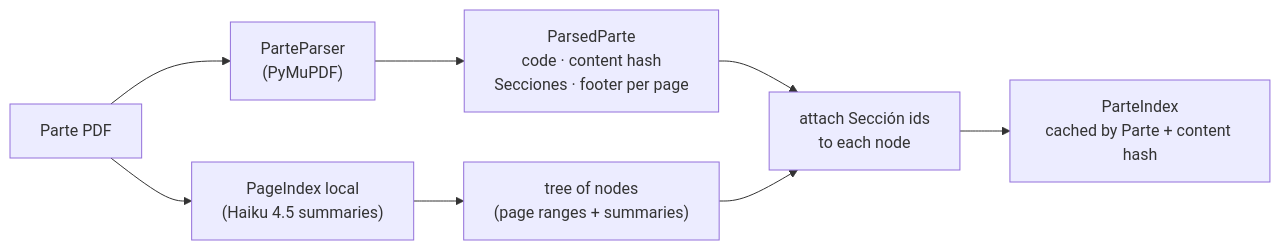
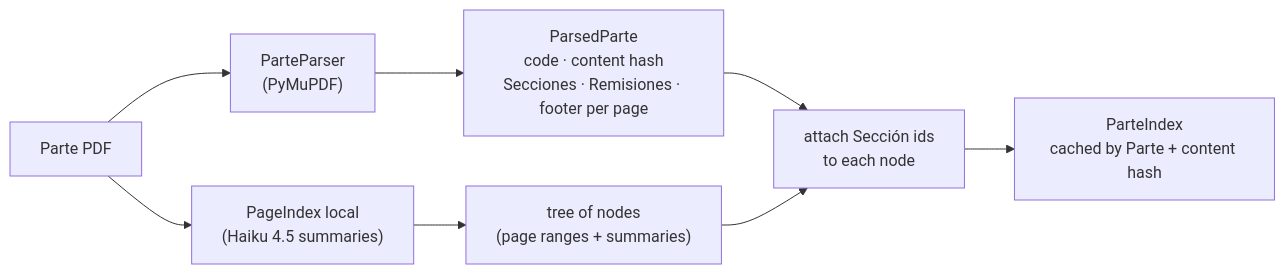
The diagram in docs/diagrams/indexing.mmd (Guernik/raac-rag), drawn with Mermaid before and after one commit. The commit also changed 7 other files, not shown here.

First line of the commit message:
Remisiones: extraction at parse time (#46)

```diff
--- a/docs/diagrams/indexing.mmd
+++ b/docs/diagrams/indexing.mmd
@@ -1,8 +1,8 @@
 flowchart LR
     pdf["Parte PDF"] --> parse["ParteParser<br/>(PyMuPDF)"]
-    parse --> pp["ParsedParte<br/>code · content hash<br/>Secciones · footer per page"]
+    parse --> pp["ParsedParte<br/>code · content hash<br/>Secciones · Remisiones · footer per page"]
     pdf --> pi["PageIndex local<br/>(Haiku 4.5 summaries)"]
     pi --> tree["tree of nodes<br/>(page ranges + summaries)"]
     pp --> attach["attach Sección ids<br/>to each node"]
     tree --> attach
     attach --> idx["ParteIndex<br/>cached by Parte + content hash"]
```
